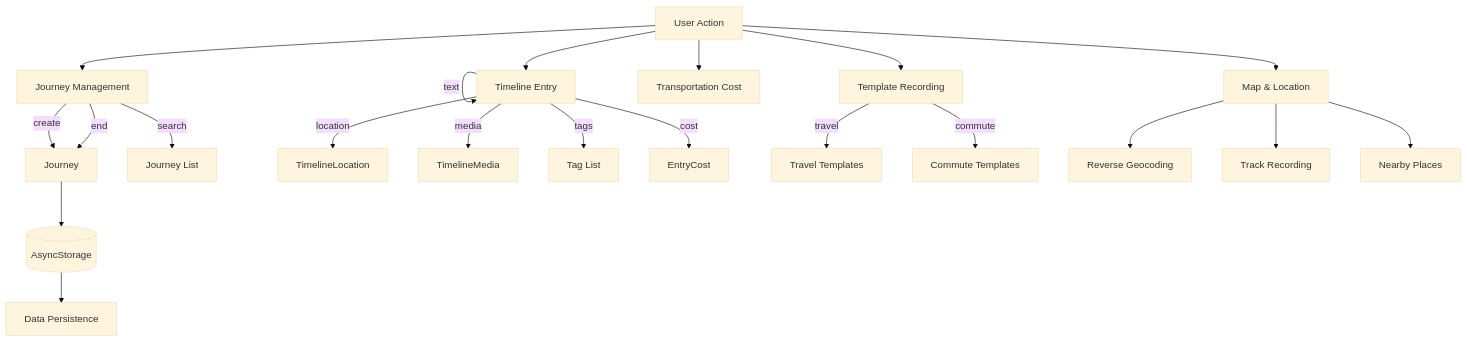
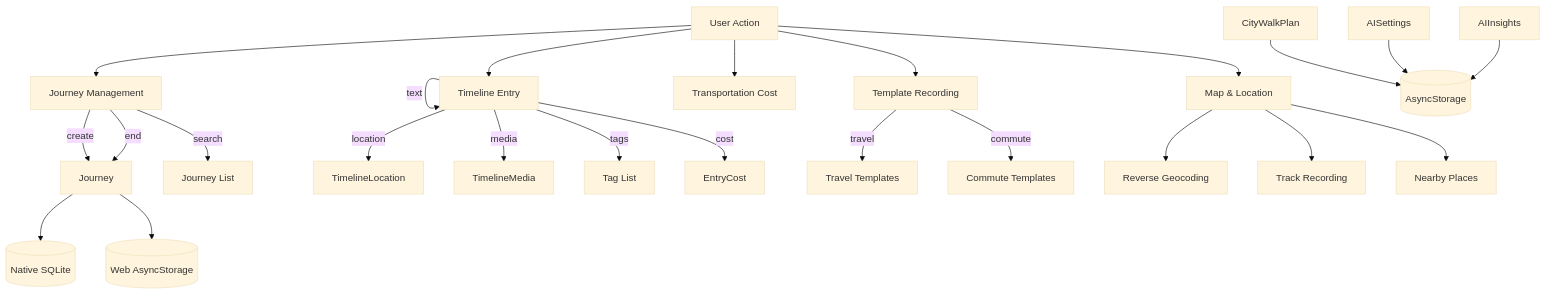
The diagram in docs/en/data-models.md (dsjerry/gowherer-web), drawn with Mermaid (base theme) before and after one commit. The commit also changed other lines of this file and 11 other files, not shown here.

Commit message:
docs: document AI and City Walk features

````diff
--- a/docs/en/data-models.md
+++ b/docs/en/data-models.md
@@ -257,28 +280,31 @@
 ```mermaid
 flowchart TD
     User[User Action] --> JourneyMgmt[Journey Management]
     User --> TimelineEntry[Timeline Entry]
     User --> Cost[Transportation Cost]
     User --> Template[Template Recording]
     User --> Map[Map & Location]
 
     JourneyMgmt -->|create| Journey[Journey]
     JourneyMgmt -->|end| Journey
     JourneyMgmt -->|search| JourneyList[Journey List]
 
     TimelineEntry -->|text| TimelineEntry
     TimelineEntry -->|location| TimelineLocation
     TimelineEntry -->|media| TimelineMedia
     TimelineEntry -->|tags| TagList[Tag List]
     TimelineEntry -->|cost| EntryCost
 
     Template -->|travel| TravelTemplate[Travel Templates]
     Template -->|commute| CommuteTemplate[Commute Templates]
 
     Map --> ReverseGeocode[Reverse Geocoding]
     Map --> Track[Track Recording]
     Map --> Nearby[Nearby Places]
 
-    Journey --> Storage[(AsyncStorage)]
-    Storage --> Persistence[Data Persistence]
+    Journey --> NativeDB[(Native SQLite)]
+    Journey --> WebStorage[(Web AsyncStorage)]
+    CityWalkPlan --> AsyncStorage[(AsyncStorage)]
+    AISettings --> AsyncStorage
+    AIInsights --> AsyncStorage
 ```
````
